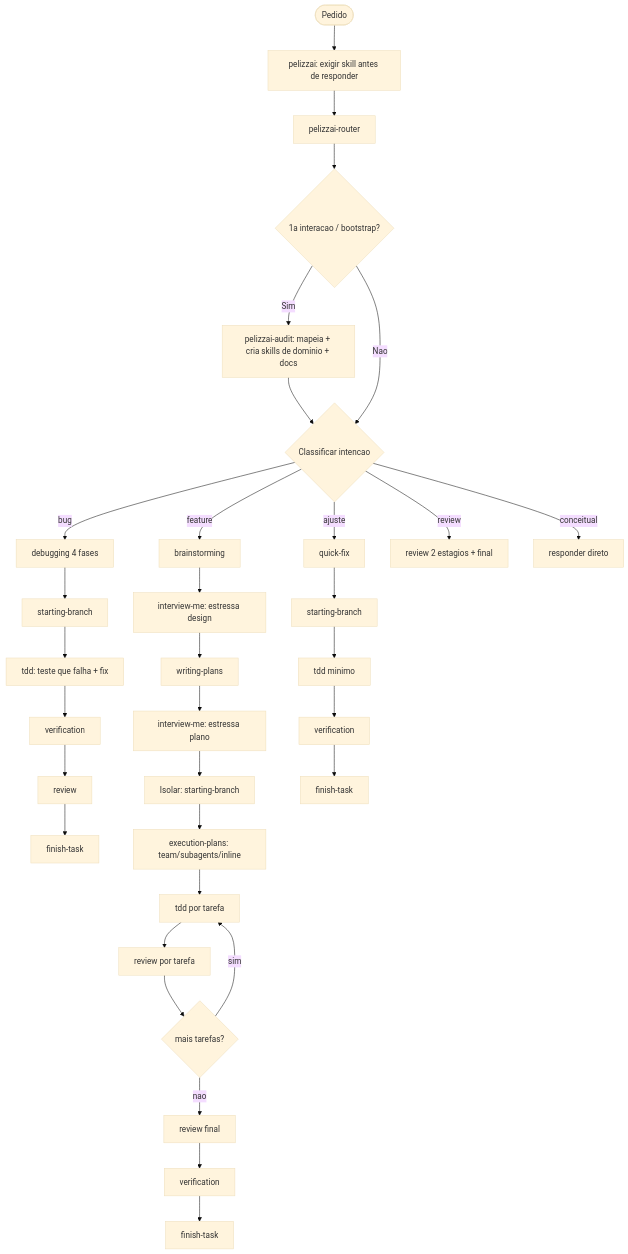
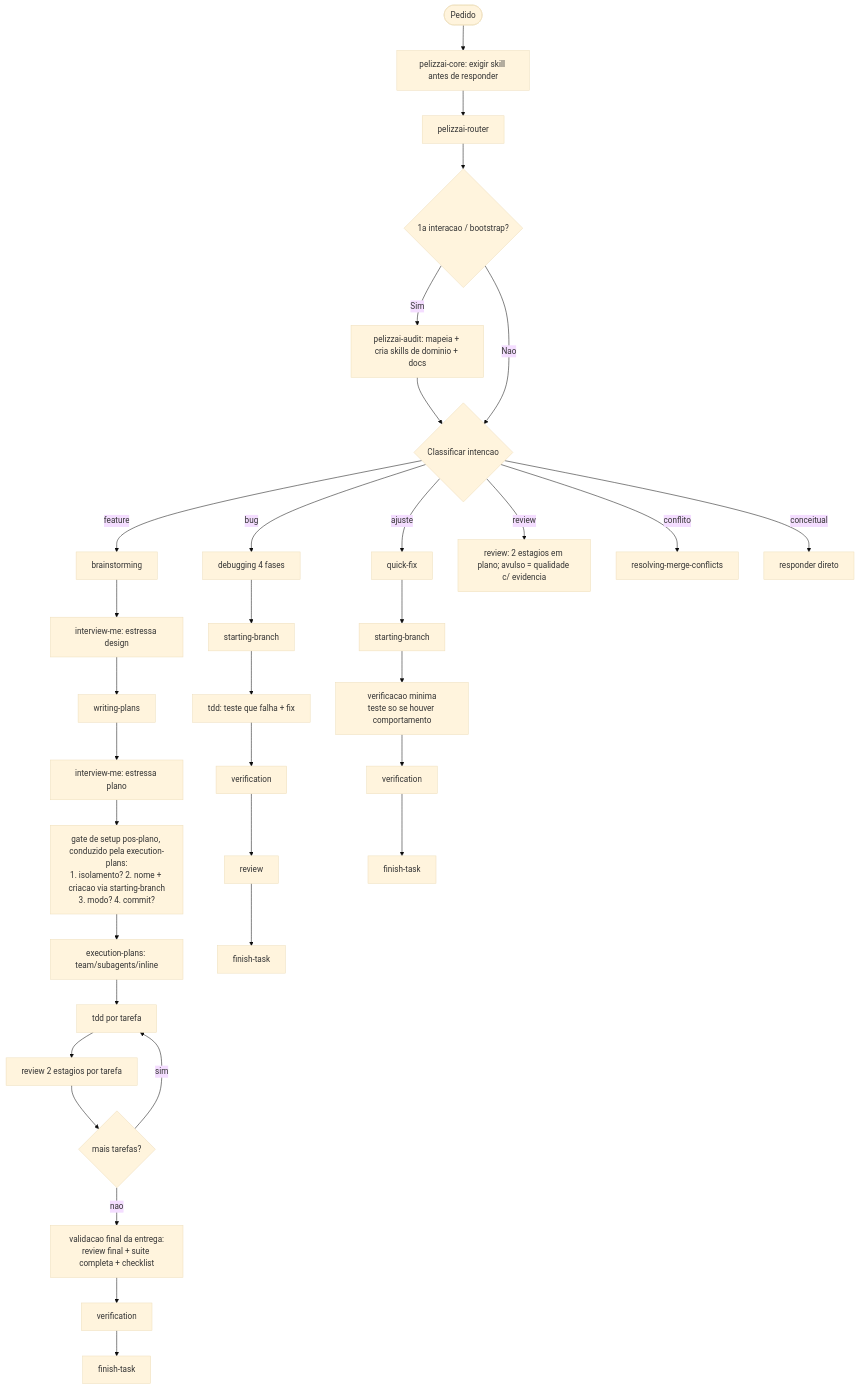
Before and after one commit to rpelizza/PelizzAI: the second of 2 diagrams in .claude/skills/pelizzai-router/SKILL.md, drawn with Mermaid (base theme). The commit also changed other lines of this file and 34 other files, not shown here.

````diff
--- a/.claude/skills/pelizzai-router/SKILL.md
+++ b/.claude/skills/pelizzai-router/SKILL.md
@@ -155,20 +214,21 @@
 ```mermaid
 flowchart TD
-    START([Pedido]) --> ROOT[pelizzai: exigir skill antes de responder]
+    START([Pedido]) --> ROOT[pelizzai-core: exigir skill antes de responder]
     ROOT --> RT[pelizzai-router]
     RT --> BOOT{1a interacao / bootstrap?}
     BOOT -- Sim --> AUDIT[pelizzai-audit: mapeia + cria skills de dominio + docs]
     AUDIT --> CLS
     BOOT -- Nao --> CLS{Classificar intencao}
 
-    CLS -- feature --> BR[brainstorming] --> IV1[interview-me: estressa design] --> WP[writing-plans] --> IV2[interview-me: estressa plano] --> EXrt
+    CLS -- feature --> BR[brainstorming] --> IV1[interview-me: estressa design] --> WP[writing-plans] --> IV2[interview-me: estressa plano] --> GATE[gate de setup pos-plano, conduzido pela execution-plans:\n1. isolamento? 2. nome + criacao via starting-branch\n3. modo? 4. commit?]
+    GATE --> EXP[execution-plans: team/subagents/inline]
+    EXP --> TDDf[tdd por tarefa] --> RVf[review 2 estagios por tarefa] --> LOOPf{mais tarefas?}
+    LOOPf -- sim --> TDDf
+    LOOPf -- nao --> VAL[validacao final da entrega:\nreview final + suite completa + checklist] --> VCf[verification] --> FINf[finish-task]
+
     CLS -- bug --> DBG[debugging 4 fases] --> SBb[starting-branch] --> TDDb[tdd: teste que falha + fix] --> VCb[verification] --> RVb[review] --> FINb[finish-task]
-    CLS -- ajuste --> QF[quick-fix] --> SBq[starting-branch] --> TDDq[tdd minimo] --> VCq[verification] --> FINq[finish-task]
-    CLS -- review --> RVr[review 2 estagios + final]
+    CLS -- ajuste --> QF[quick-fix] --> SBq[starting-branch] --> TDDq[verificacao minima\nteste so se houver comportamento] --> VCq[verification] --> FINq[finish-task]
+    CLS -- review --> RVr[review: 2 estagios em plano; avulso = qualidade c/ evidencia]
+    CLS -- conflito --> MC[resolving-merge-conflicts]
     CLS -- conceitual --> ANS[responder direto]
-
-    EXrt[Isolar: starting-branch] --> EXP[execution-plans: team/subagents/inline]
-    EXP --> TDDf[tdd por tarefa] --> RVf[review por tarefa] --> LOOPf{mais tarefas?}
-    LOOPf -- sim --> TDDf
-    LOOPf -- nao --> RFF[review final] --> VCf[verification] --> FINf[finish-task]
 ```
````
